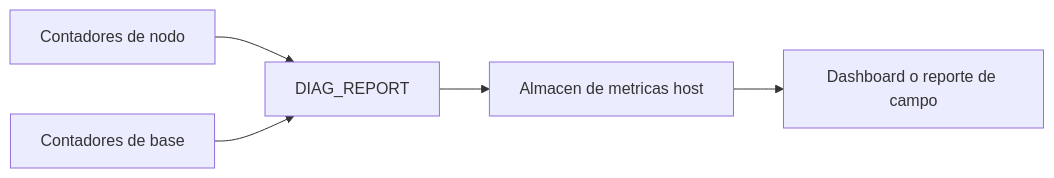
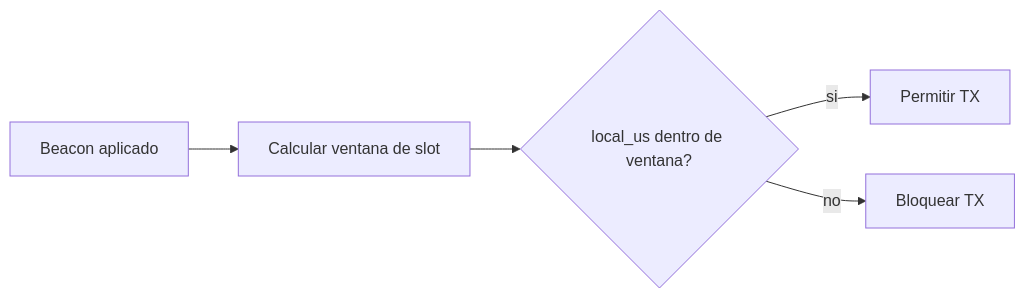
The fourth of 5 diagrams in docs/protocol/protocol-educational-diagrams.md (Alan-B525/ADQ-protocolo), drawn with Mermaid before and after one commit. The commit also changed other lines of this file and 50 other files, not shown here.

````diff
--- a/docs/protocol/protocol-educational-diagrams.md
+++ b/docs/protocol/protocol-educational-diagrams.md
@@ -106,7 +42,7 @@
 ```mermaid
 flowchart LR
-  A[Contadores de nodo] --> D[DIAG_REPORT]
-  B[Contadores de base] --> D
-  D --> E[Almacen de metricas host]
-  E --> F[Dashboard o reporte de campo]
+  A[Beacon aplicado] --> B[Calcular ventana de slot]
+  B --> C{local_us dentro de ventana?}
+  C -->|si| D[Permitir TX]
+  C -->|no| E[Bloquear TX]
 ```
````
